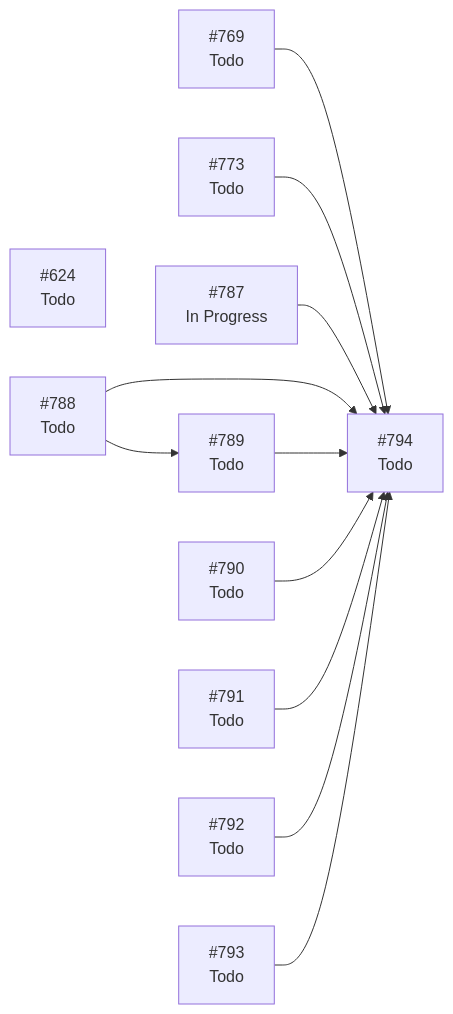
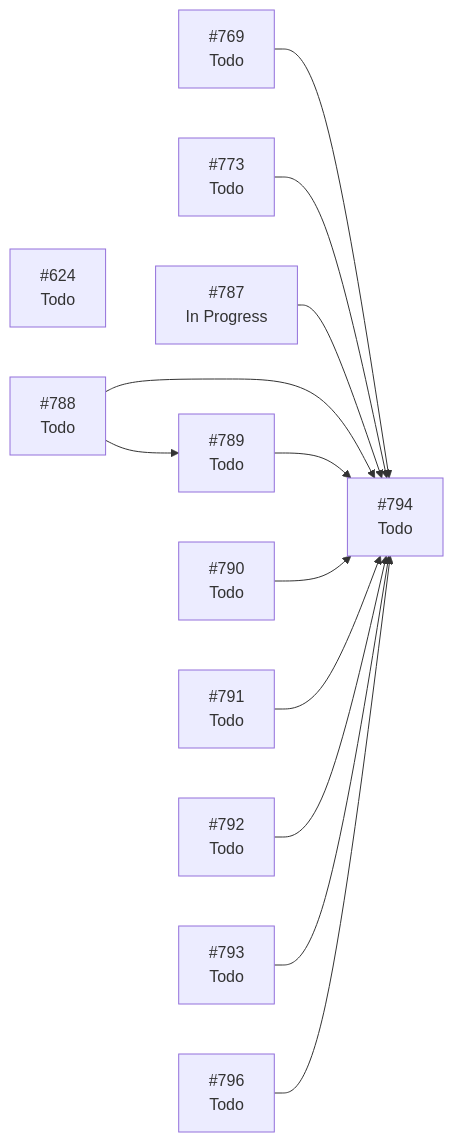
The diagram in docs/planning/STATUS.md (ecamp0s/evault), drawn with Mermaid before and after one commit. The commit also changed other lines of this file and 1 other file, not shown here.

````diff
--- a/docs/planning/STATUS.md
+++ b/docs/planning/STATUS.md
@@ -95,25 +97,27 @@
 ```mermaid
 graph LR
   I624["#624<br/>Todo"]
   I769["#769<br/>Todo"]
   I773["#773<br/>Todo"]
   I787["#787<br/>In Progress"]
   I788["#788<br/>Todo"]
   I789["#789<br/>Todo"]
   I790["#790<br/>Todo"]
   I791["#791<br/>Todo"]
   I792["#792<br/>Todo"]
   I793["#793<br/>Todo"]
   I794["#794<br/>Todo"]
+  I796["#796<br/>Todo"]
   I769 --> I794
   I773 --> I794
   I787 --> I794
   I788 --> I789
   I788 --> I794
   I789 --> I794
   I790 --> I794
   I791 --> I794
   I792 --> I794
   I793 --> I794
+  I796 --> I794
   classDef hecho fill:#1a7f37,stroke:#1a7f37,color:#fff;
 ```
````
